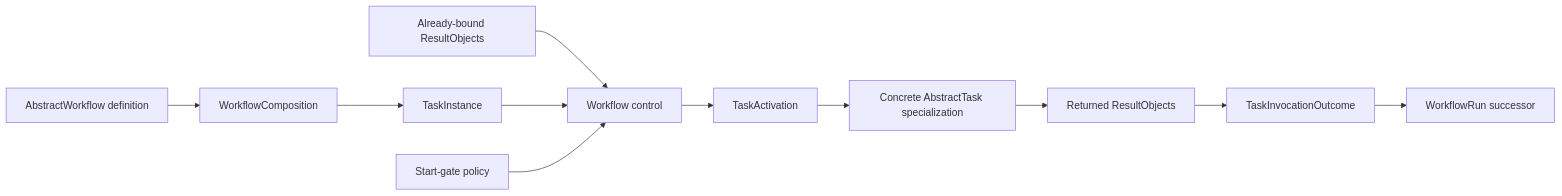
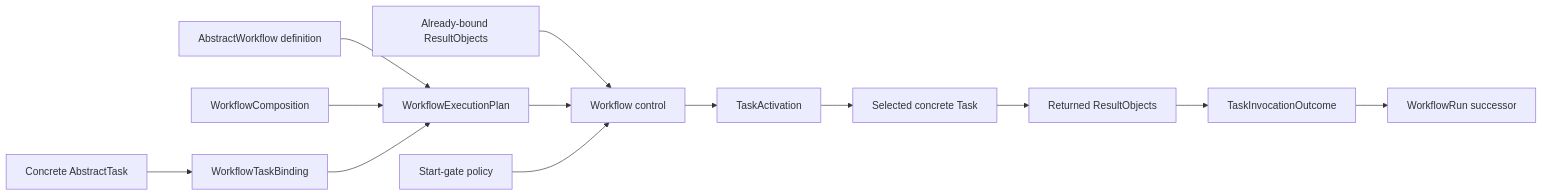
One commit to eragasa/ksdft2effmass changed the second of 4 diagrams in docs/architecture/v2/ksdft2effmass/workflow/schematic.md. Above: the diagram before and after it, drawn with Mermaid. The commit also changed other lines of this file and 3 other files, not shown here.

Commit message:
docs(workflow): define execution plan bindings

````diff
--- a/docs/architecture/v2/ksdft2effmass/workflow/schematic.md
+++ b/docs/architecture/v2/ksdft2effmass/workflow/schematic.md
@@ -37,13 +48,15 @@
 ```mermaid
 flowchart LR
-    workflow[AbstractWorkflow definition] --> composition[WorkflowComposition]
-    composition --> instance[TaskInstance]
+    workflow[AbstractWorkflow definition] --> plan[WorkflowExecutionPlan]
+    composition[WorkflowComposition] --> plan
+    binding[WorkflowTaskBinding] --> plan
+    task[Concrete AbstractTask] --> binding
     result[Already-bound ResultObjects] --> control[Workflow control]
-    instance --> control
+    plan --> control
     gates[Start-gate policy] --> control
     control --> activation[TaskActivation]
-    activation --> task[Concrete AbstractTask specialization]
-    task --> returned[Returned ResultObjects]
+    activation --> selected[Selected concrete Task]
+    selected --> returned[Returned ResultObjects]
     returned --> outcome[TaskInvocationOutcome]
     outcome --> run[WorkflowRun successor]
 ```
````
